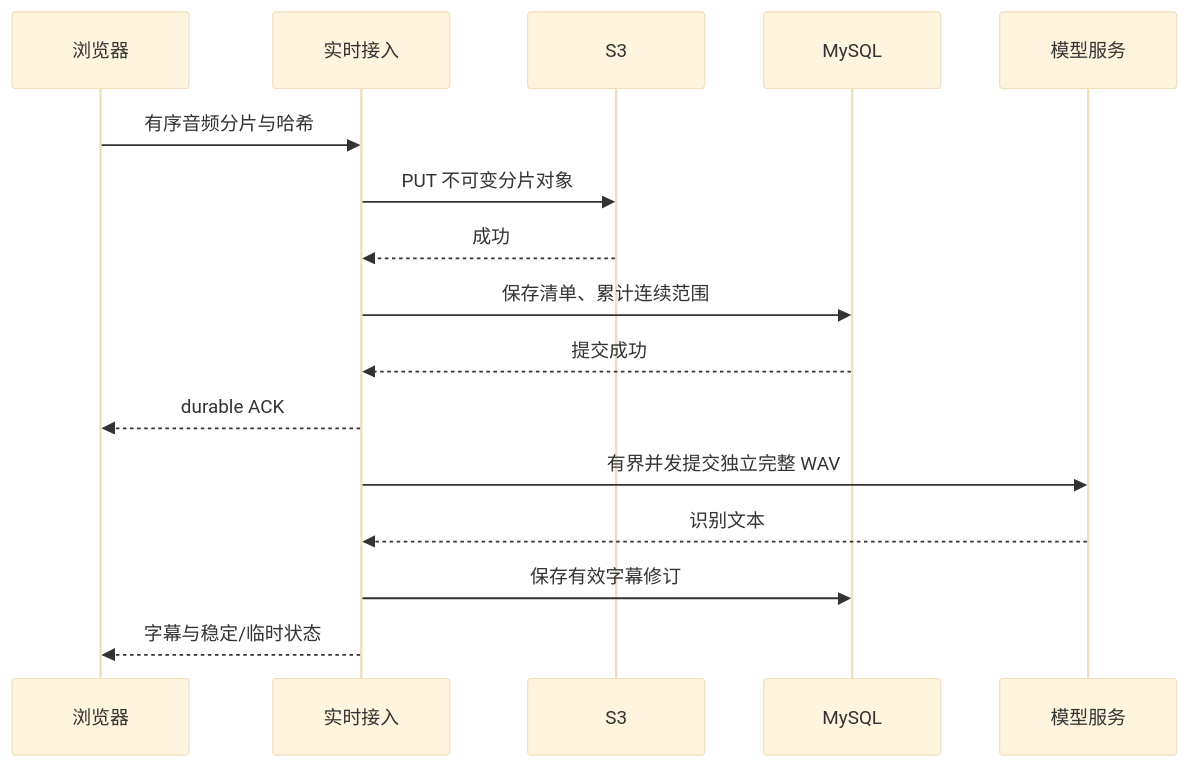
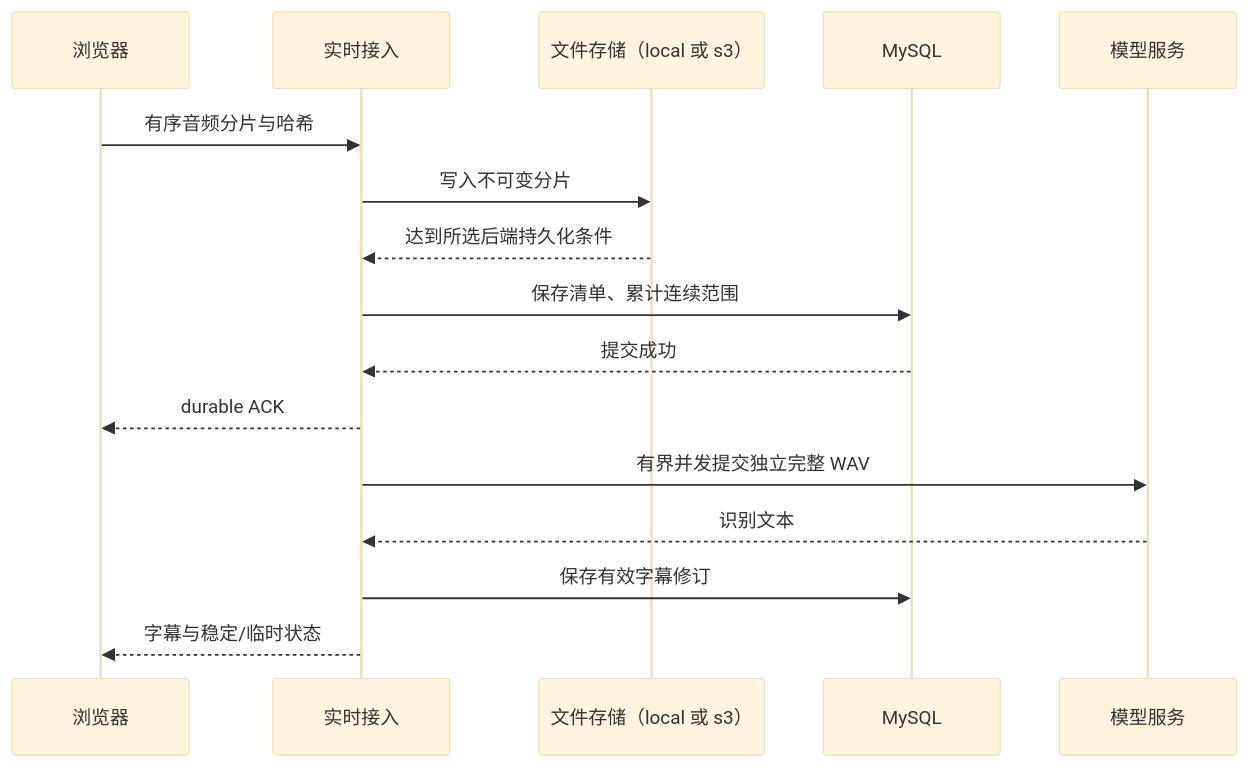
Before and after one commit to CodeTch/ama: the second of 2 diagrams in docs/superpowers/specs/2026-10-21-ama-architecture-design.md, drawn with Mermaid (base theme). The commit also changed other lines of this file and 2 other files, not shown here.

Commit message:
docs: support local filesystem and S3 storage backends

````diff
--- a/docs/superpowers/specs/2026-10-21-ama-architecture-design.md
+++ b/docs/superpowers/specs/2026-10-21-ama-architecture-design.md
@@ -271,18 +294,18 @@
 ```mermaid
 sequenceDiagram
     participant B as 浏览器
     participant R as 实时接入
-    participant S as S3
+    participant S as 文件存储（local 或 s3）
     participant D as MySQL
     participant M as 模型服务
     B->>R: 有序音频分片与哈希
-    R->>S: PUT 不可变分片对象
-    S-->>R: 成功
+    R->>S: 写入不可变分片
+    S-->>R: 达到所选后端持久化条件
     R->>D: 保存清单、累计连续范围
     D-->>R: 提交成功
     R-->>B: durable ACK
     R->>M: 有界并发提交独立完整 WAV
     M-->>R: 识别文本
     R->>D: 保存有效字幕修订
     R-->>B: 字幕与稳定/临时状态
 ```
````
